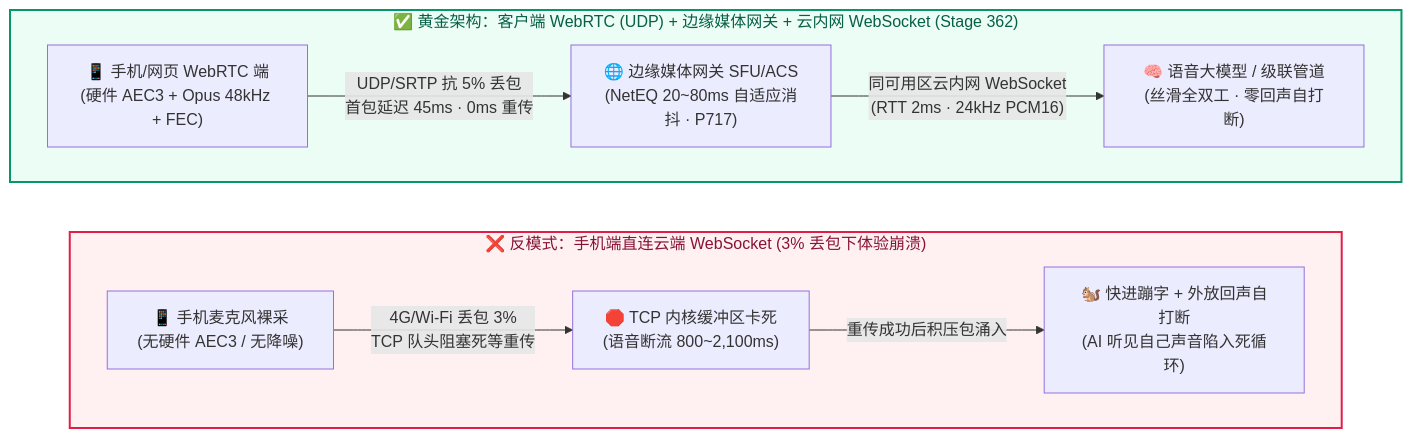
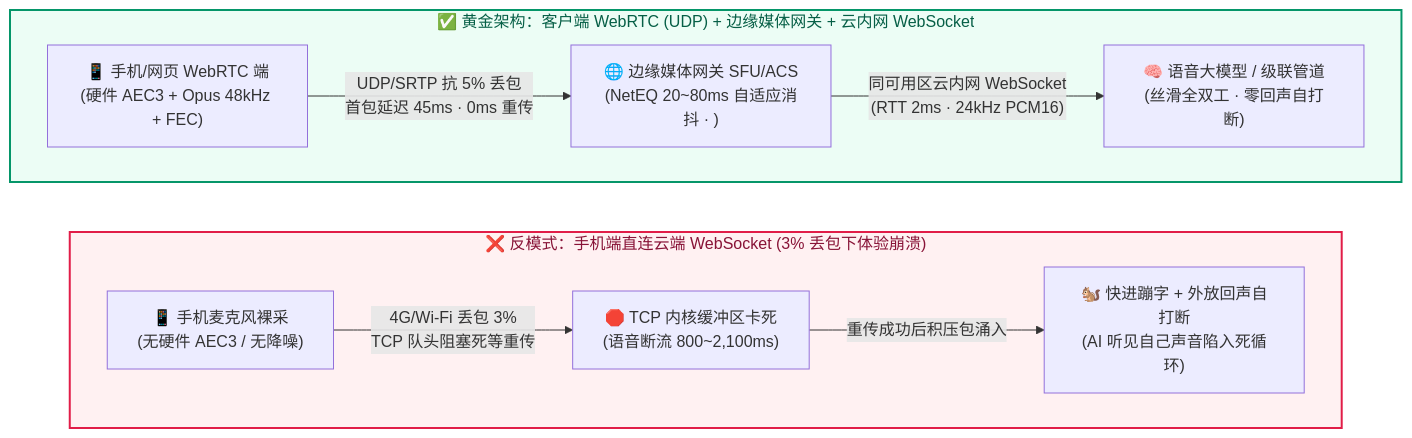
Before and after one commit to turbo998/voice-agent-lab: the second of 3 diagrams in docs/webrtc-vs-websocket-vs-sip-ingress-selection-faq.md, drawn with Mermaid. The commit also changed other lines of this file and 715 other files, not shown here.

````diff
--- a/docs/webrtc-vs-websocket-vs-sip-ingress-selection-faq.md
+++ b/docs/webrtc-vs-websocket-vs-sip-ingress-selection-faq.md
@@ -133,17 +133,17 @@
 ```mermaid
 flowchart LR
-    subgraph Bad["❌ 反模式：手机端直连云端 WebSocket (3% 丢包下体验崩溃)"]
-        direction LR
-        B1["📱 手机麦克风裸采<br/>(无硬件 AEC3 / 无降噪)"] -->|"4G/Wi-Fi 丢包 3%<br/>TCP 队头阻塞死等重传"| B2["🛑 TCP 内核缓冲区卡死<br/>(语音断流 800~2,100ms)"]
-        B2 -->|"重传成功后积压包涌入"| B3["🐿️ 快进蹦字 + 外放回声自打断<br/>(AI 听见自己声音陷入死循环)"]
-    end
+ subgraph Bad["❌ 反模式：手机端直连云端 WebSocket (3% 丢包下体验崩溃)"]
+ direction LR
+ B1["📱 手机麦克风裸采<br/>(无硬件 AEC3 / 无降噪)"] -->|"4G/Wi-Fi 丢包 3%<br/>TCP 队头阻塞死等重传"| B2["🛑 TCP 内核缓冲区卡死<br/>(语音断流 800~2,100ms)"]
+ B2 -->|"重传成功后积压包涌入"| B3["🐿️ 快进蹦字 + 外放回声自打断<br/>(AI 听见自己声音陷入死循环)"]
+ end
 
-    subgraph Good["✅ 黄金架构：客户端 WebRTC (UDP) + 边缘媒体网关 + 云内网 WebSocket (Stage 362)"]
-        direction LR
-        G1["📱 手机/网页 WebRTC 端<br/>(硬件 AEC3 + Opus 48kHz + FEC)"] -->|"UDP/SRTP 抗 5% 丢包<br/>首包延迟 45ms · 0ms 重传"| G2["🌐 边缘媒体网关 SFU/ACS<br/>(NetEQ 20~80ms 自适应消抖 · P717)"]
-        G2 -->|"同可用区云内网 WebSocket<br/>(RTT 2ms · 24kHz PCM16)"| G3["🧠 语音大模型 / 级联管道<br/>(丝滑全双工 · 零回声自打断)"]
-    end
+ subgraph Good["✅ 黄金架构：客户端 WebRTC (UDP) + 边缘媒体网关 + 云内网 WebSocket "]
+ direction LR
+ G1["📱 手机/网页 WebRTC 端<br/>(硬件 AEC3 + Opus 48kHz + FEC)"] -->|"UDP/SRTP 抗 5% 丢包<br/>首包延迟 45ms · 0ms 重传"| G2["🌐 边缘媒体网关 SFU/ACS<br/>(NetEQ 20~80ms 自适应消抖 · )"]
+ G2 -->|"同可用区云内网 WebSocket<br/>(RTT 2ms · 24kHz PCM16)"| G3["🧠 语音大模型 / 级联管道<br/>(丝滑全双工 · 零回声自打断)"]
+ end
 
-    style Bad fill:#fff1f2,stroke:#e11d48,stroke-width:2px,color:#881337
-    style Good fill:#ecfdf5,stroke:#059669,stroke-width:2px,color:#065f46
+ style Bad fill:#fff1f2,stroke:#e11d48,stroke-width:2px,color:#881337
+ style Good fill:#ecfdf5,stroke:#059669,stroke-width:2px,color:#065f46
 ```
````
